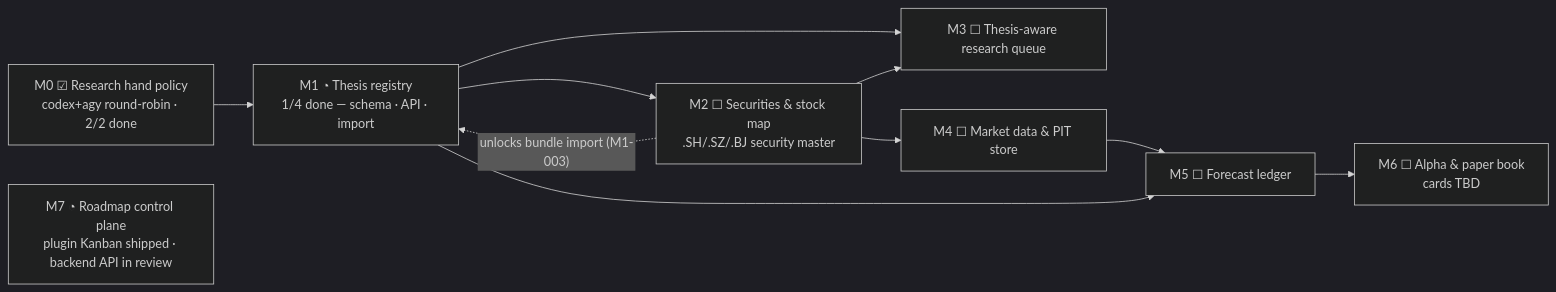
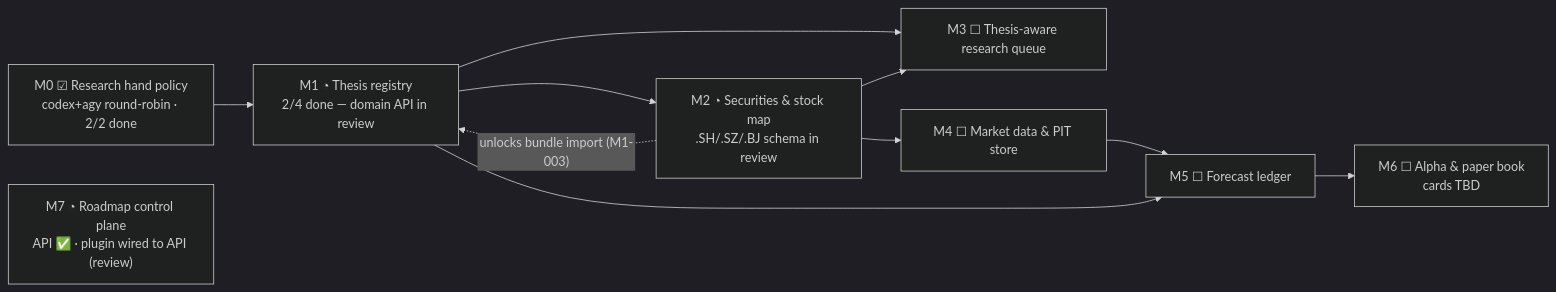
Before and after one commit to dmquant/institute-one: the diagram in roadmap/README.md, drawn with Mermaid (dark theme). The commit also changed other lines of this file and 14 other files, not shown here.

First line of the commit message:
Add thesis API, security master schema, wire plugin Kanban (wave 2)

````diff
--- a/roadmap/README.md
+++ b/roadmap/README.md
@@ -33,16 +33,16 @@
 ```mermaid
 flowchart LR
     M0["M0 ☑ Research hand policy<br/>codex+agy round-robin · 2/2 done"]
-    M1["M1 ◔ Thesis registry<br/>1/4 done — schema · API · import"]
-    M2["M2 ☐ Securities & stock map<br/>.SH/.SZ/.BJ security master"]
+    M1["M1 ◔ Thesis registry<br/>2/4 done — domain API in review"]
+    M2["M2 ◔ Securities & stock map<br/>.SH/.SZ/.BJ schema in review"]
     M3["M3 ☐ Thesis-aware research queue"]
     M4["M4 ☐ Market data & PIT store"]
     M5["M5 ☐ Forecast ledger"]
     M6["M6 ☐ Alpha & paper book<br/>cards TBD"]
-    M7["M7 ◔ Roadmap control plane<br/>plugin Kanban shipped · backend API in review"]
+    M7["M7 ◔ Roadmap control plane<br/>API ✅ · plugin wired to API (review)"]
     M0 --> M1 --> M2
     M2 -. "unlocks bundle import (M1-003)" .-> M1
     M1 & M2 --> M3
     M2 --> M4 --> M5 --> M6
     M1 --> M5
 ```
````
